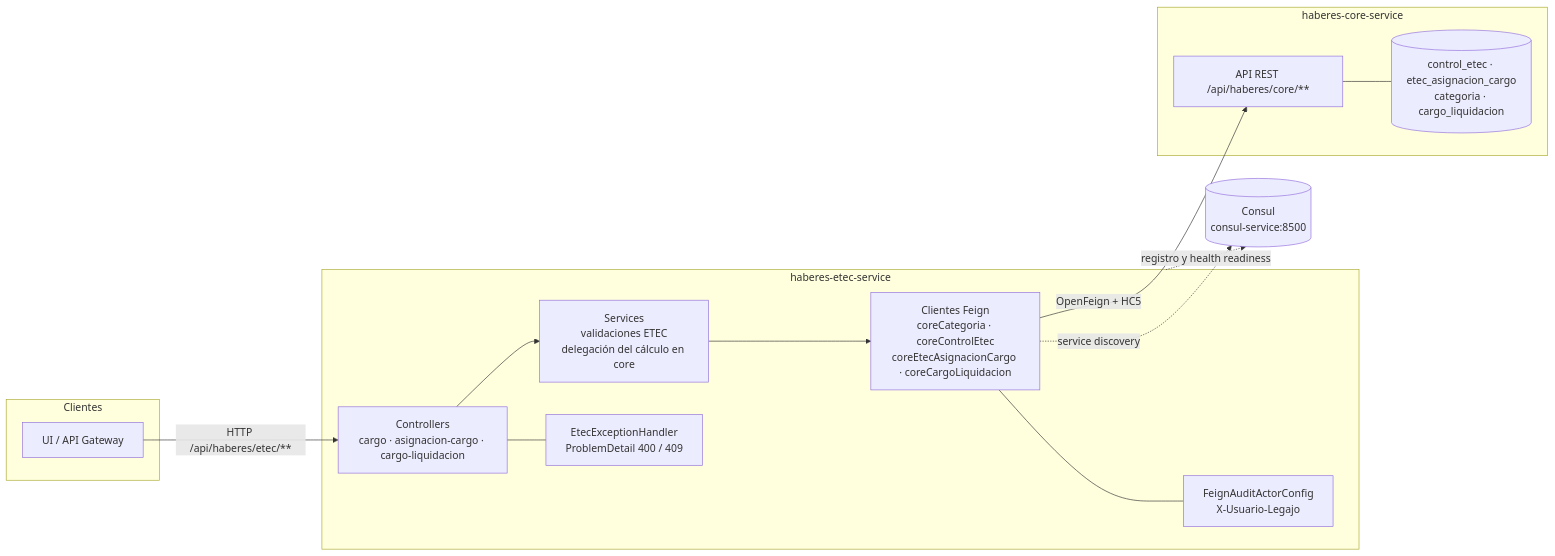
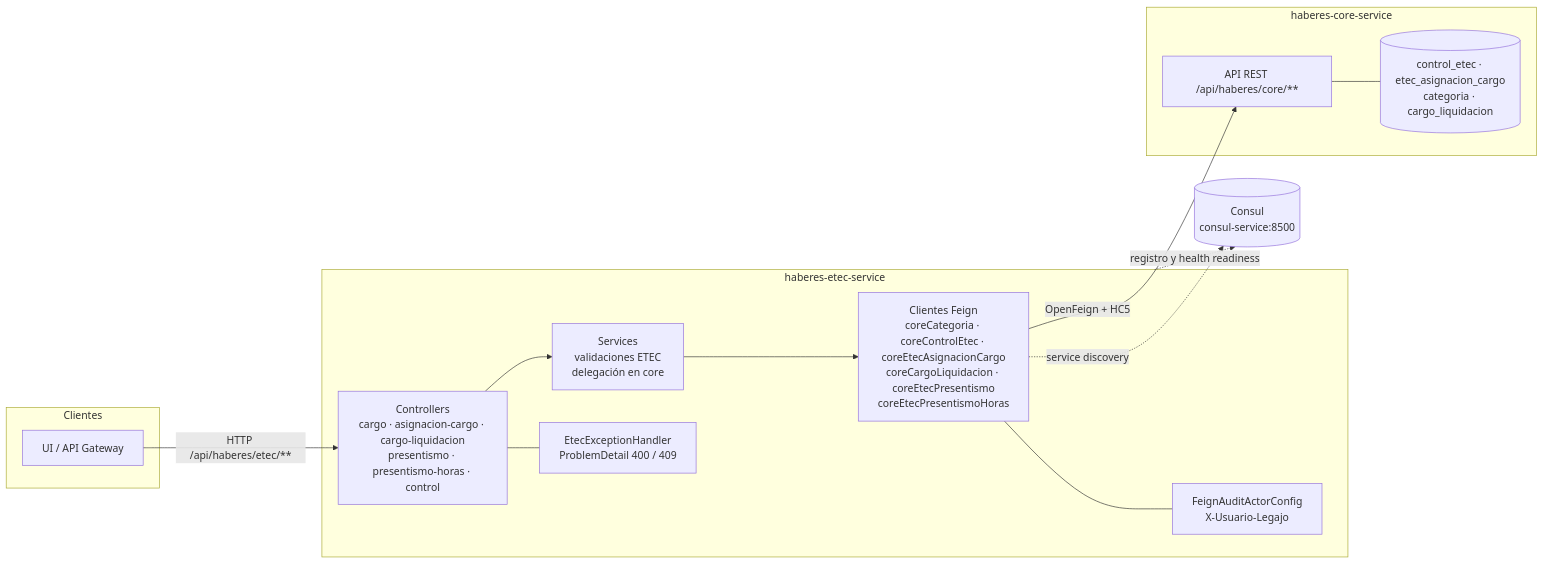
One commit to UM-services/UM.haberes.etec-service changed the diagram in docs/diagrams/arquitectura-general.mmd. Above: the diagram before and after it, drawn with Mermaid. The commit also changed 5 other files, not shown here.

```diff
--- a/docs/diagrams/arquitectura-general.mmd
+++ b/docs/diagrams/arquitectura-general.mmd
@@ -1,29 +1,29 @@
 flowchart LR
     subgraph CLIENTES["Clientes"]
         UI["UI / API Gateway"]
     end
 
     subgraph ETEC["haberes-etec-service"]
-        WEB["Controllers<br/>cargo · asignacion-cargo · cargo-liquidacion"]
-        APP["Services<br/>validaciones ETEC<br/>delegación del cálculo en core"]
+        WEB["Controllers<br/>cargo · asignacion-cargo · cargo-liquidacion<br/>presentismo · presentismo-horas · control"]
+        APP["Services<br/>validaciones ETEC<br/>delegación en core"]
         ERR["EtecExceptionHandler<br/>ProblemDetail 400 / 409"]
         AUDIT["FeignAuditActorConfig<br/>X-Usuario-Legajo"]
-        FEIGN["Clientes Feign<br/>coreCategoria · coreControlEtec<br/>coreEtecAsignacionCargo · coreCargoLiquidacion"]
+        FEIGN["Clientes Feign<br/>coreCategoria · coreControlEtec · coreEtecAsignacionCargo<br/>coreCargoLiquidacion · coreEtecPresentismo<br/>coreEtecPresentismoHoras"]
     end
 
     subgraph CORE["haberes-core-service"]
         API["API REST /api/haberes/core/**"]
         TABLAS[("control_etec · etec_asignacion_cargo<br/>categoria · cargo_liquidacion")]
     end
 
     CONSUL[("Consul<br/>consul-service:8500")]
 
     UI -->|"HTTP /api/haberes/etec/**"| WEB
     WEB --> APP
     APP --> FEIGN
     WEB --- ERR
     FEIGN --- AUDIT
     FEIGN -->|"OpenFeign + HC5"| API
     API --- TABLAS
     ETEC -.->|"registro y health readiness"| CONSUL
     FEIGN -.->|"service discovery"| CONSUL
```
